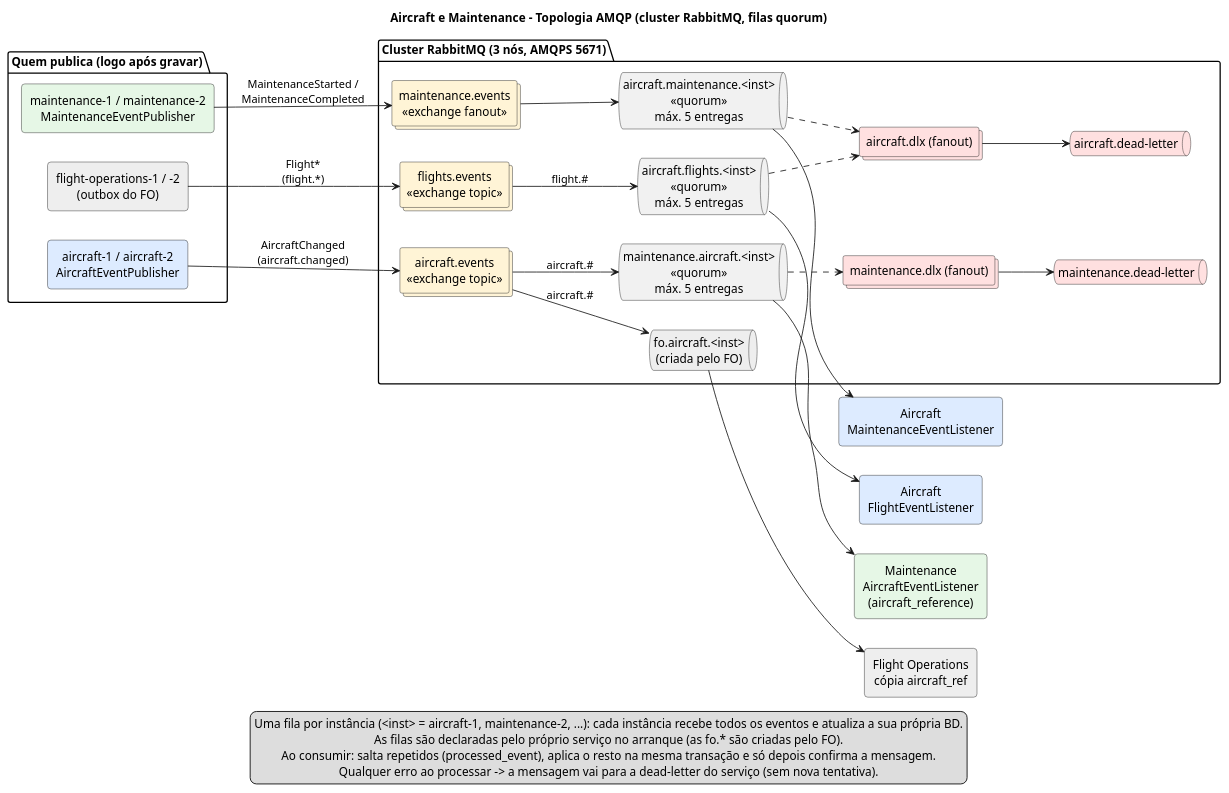
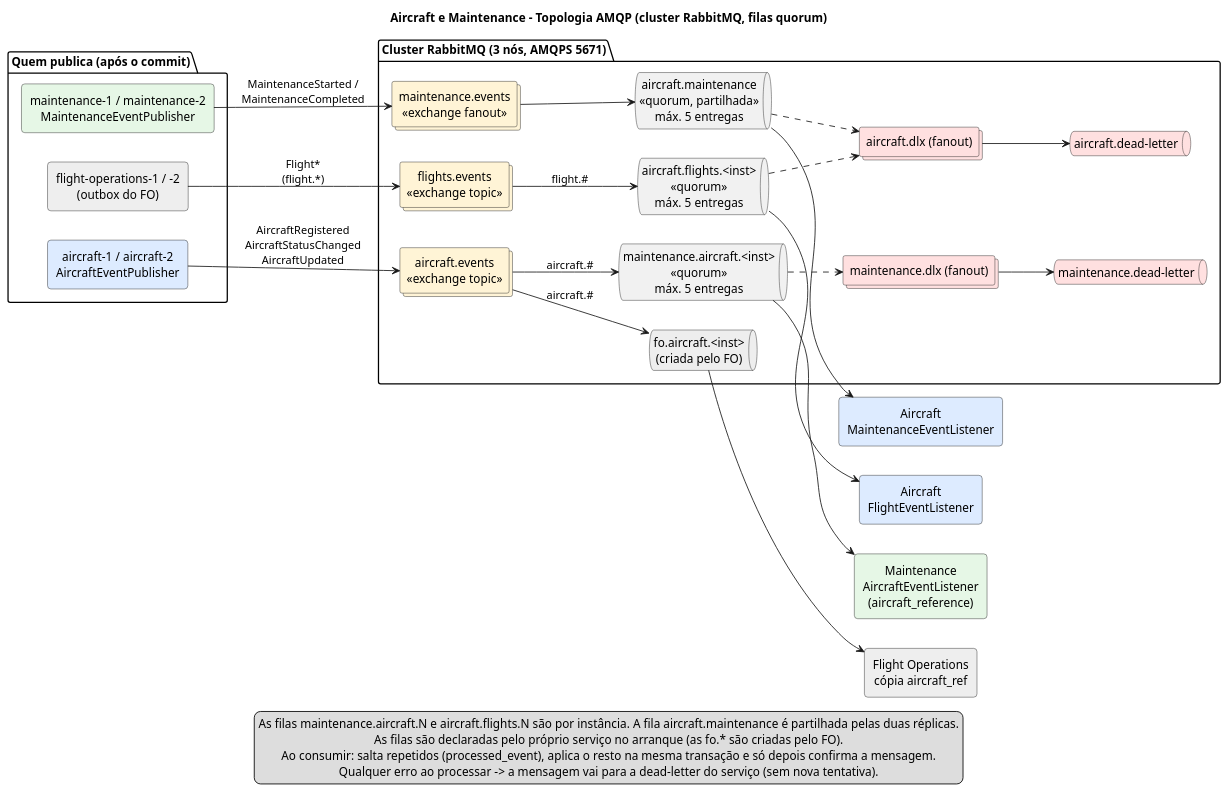
Before and after one commit to anamartasilvaa/SIDIG_AI_Safe: the diagram in Services/Aircraft/docs/E2/messaging-topology-aircraft-maintenance.puml, drawn with PlantUML. The commit also changed 15 other files, not shown here.

Commit message:
update aircraft and maintenance diagrams

```diff
--- a/Services/Aircraft/docs/E2/messaging-topology-aircraft-maintenance.puml
+++ b/Services/Aircraft/docs/E2/messaging-topology-aircraft-maintenance.puml
@@ -1,63 +1,63 @@
 @startuml messaging-topology-aircraft-maintenance
 skinparam shadowing false
 skinparam defaultTextAlignment center
 skinparam rectangle {
   RoundCorner 8
 }
 left to right direction
 title Aircraft e Maintenance - Topologia AMQP (cluster RabbitMQ, filas quorum)
 
-package "Quem publica (logo após gravar)" {
+package "Quem publica (após o commit)" {
   rectangle "aircraft-1 / aircraft-2\nAircraftEventPublisher" as pa #DDEBFF
   rectangle "maintenance-1 / maintenance-2\nMaintenanceEventPublisher" as pm #E6F7E6
   rectangle "flight-operations-1 / -2\n(outbox do FO)" as pf #EEEEEE
 }
 
 package "Cluster RabbitMQ (3 nós, AMQPS 5671)" {
   collections "aircraft.events\n<<exchange topic>>" as exA #FFF4D6
   collections "maintenance.events\n<<exchange fanout>>" as exM #FFF4D6
   collections "flights.events\n<<exchange topic>>" as exF #FFF4D6
 
-  queue "aircraft.maintenance.<inst>\n<<quorum>>\nmáx. 5 entregas" as qam
+  queue "aircraft.maintenance\n<<quorum, partilhada>>\nmáx. 5 entregas" as qam
   queue "aircraft.flights.<inst>\n<<quorum>>\nmáx. 5 entregas" as qaf
   queue "maintenance.aircraft.<inst>\n<<quorum>>\nmáx. 5 entregas" as qma
   queue "fo.aircraft.<inst>\n(criada pelo FO)" as qfa #EEEEEE
 
   collections "aircraft.dlx (fanout)" as dlxA #FFE0E0
   queue "aircraft.dead-letter" as dlqA #FFE0E0
   collections "maintenance.dlx (fanout)" as dlxM #FFE0E0
   queue "maintenance.dead-letter" as dlqM #FFE0E0
 }
 
 rectangle "Aircraft\nFlightEventListener" as caf #DDEBFF
 rectangle "Maintenance\nAircraftEventListener\n(aircraft_reference)" as cma #E6F7E6
 rectangle "Flight Operations\ncópia aircraft_ref" as cfa #EEEEEE
 rectangle "Aircraft\nMaintenanceEventListener" as cam #DDEBFF
 
-pa --> exA : AircraftChanged\n(aircraft.changed)
+pa --> exA : AircraftRegistered\nAircraftStatusChanged\nAircraftUpdated
 pm --> exM : MaintenanceStarted /\nMaintenanceCompleted
 pf --> exF : Flight*\n(flight.*)
 
 exM --> qam
 exF --> qaf : flight.#
 exA --> qma : aircraft.#
 exA --> qfa : aircraft.#
 
 qam --> cam
 qaf --> caf
 qma --> cma
 qfa --> cfa
 
 qam ..> dlxA
 qaf ..> dlxA
 dlxA --> dlqA
 qma ..> dlxM
 dlxM --> dlqM
 
 legend bottom
-  Uma fila por instância (<inst> = aircraft-1, maintenance-2, ...): cada instância recebe todos os eventos e atualiza a sua própria BD.
+  As filas maintenance.aircraft.N e aircraft.flights.N são por instância. A fila aircraft.maintenance é partilhada pelas duas réplicas.
   As filas são declaradas pelo próprio serviço no arranque (as fo.* são criadas pelo FO).
   Ao consumir: salta repetidos (processed_event), aplica o resto na mesma transação e só depois confirma a mensagem.
   Qualquer erro ao processar -> a mensagem vai para a dead-letter do serviço (sem nova tentativa).
 endlegend
 @enduml
```
